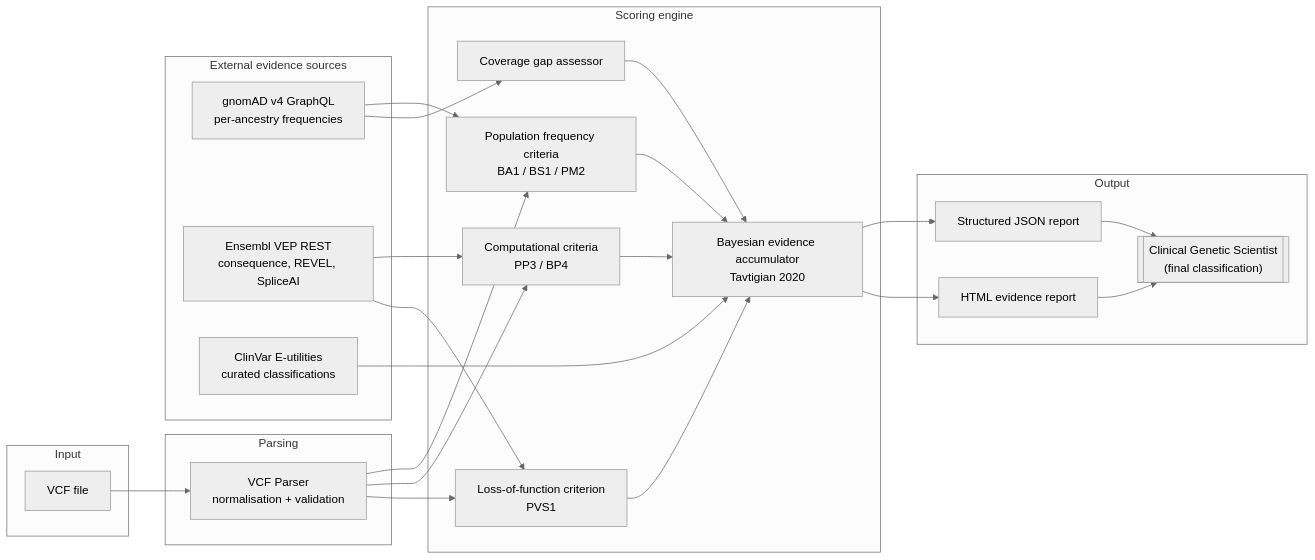
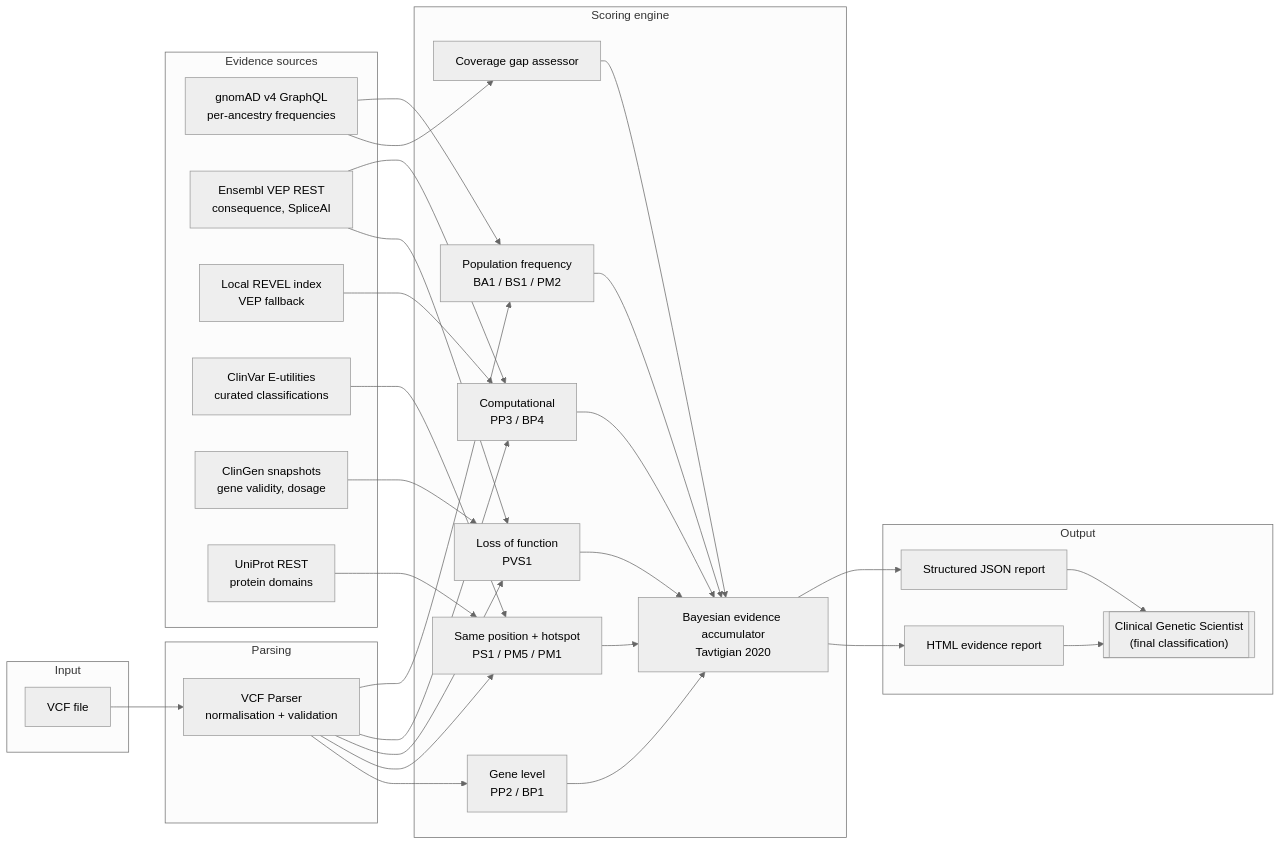
One commit to NosakhareOsaro/alleleiq changed the diagram in README.md. Above: the diagram before and after it, drawn with Mermaid (neutral theme). The commit also changed other lines of this file and 9 other files, not shown here.

First line of the commit message:
docs: bring architecture and version references up to v0.2.0

````diff
--- a/README.md
+++ b/README.md
@@ -50,38 +51,46 @@
 ```mermaid
 flowchart LR
     subgraph Input
         VCF[VCF file]
     end
 
     subgraph Parsing
         Parser[VCF Parser<br/>normalisation + validation]
     end
 
-    subgraph "External evidence sources"
+    subgraph "Evidence sources"
         GNOMAD[gnomAD v4 GraphQL<br/>per-ancestry frequencies]
-        VEP[Ensembl VEP REST<br/>consequence, REVEL, SpliceAI]
+        VEP[Ensembl VEP REST<br/>consequence, SpliceAI]
+        REVEL[Local REVEL index<br/>VEP fallback]
         CLINVAR[ClinVar E-utilities<br/>curated classifications]
+        CLINGEN[ClinGen snapshots<br/>gene validity, dosage]
+        UNIPROT[UniProt REST<br/>protein domains]
     end
 
     subgraph "Scoring engine"
-        POPCRIT[Population frequency criteria<br/>BA1 / BS1 / PM2]
-        COMPCRIT[Computational criteria<br/>PP3 / BP4]
-        LOFCRIT[Loss-of-function criterion<br/>PVS1]
+        POPCRIT[Population frequency<br/>BA1 / BS1 / PM2]
+        COMPCRIT[Computational<br/>PP3 / BP4]
+        LOFCRIT[Loss of function<br/>PVS1]
+        CLINCRIT[Same position + hotspot<br/>PS1 / PM5 / PM1]
+        GENECRIT[Gene level<br/>PP2 / BP1]
         COVERAGE[Coverage gap assessor]
         BAYES[Bayesian evidence accumulator<br/>Tavtigian 2020]
     end
 
     subgraph Output
         JSON[Structured JSON report]
         HTML[HTML evidence report]
         REVIEW[["Clinical Genetic Scientist<br/>(final classification)"]]
     end
 
-    VCF --> Parser --> POPCRIT & COMPCRIT & LOFCRIT
+    VCF --> Parser --> POPCRIT & COMPCRIT & LOFCRIT & CLINCRIT & GENECRIT
     GNOMAD --> POPCRIT & COVERAGE
     VEP --> COMPCRIT & LOFCRIT
-    CLINVAR --> BAYES
-    POPCRIT & COMPCRIT & LOFCRIT & COVERAGE --> BAYES
+    REVEL --> COMPCRIT
+    CLINGEN --> LOFCRIT
+    CLINVAR --> CLINCRIT
+    UNIPROT --> CLINCRIT
+    POPCRIT & COMPCRIT & LOFCRIT & CLINCRIT & GENECRIT & COVERAGE --> BAYES
     BAYES --> JSON & HTML
     JSON & HTML --> REVIEW
 ```
````
